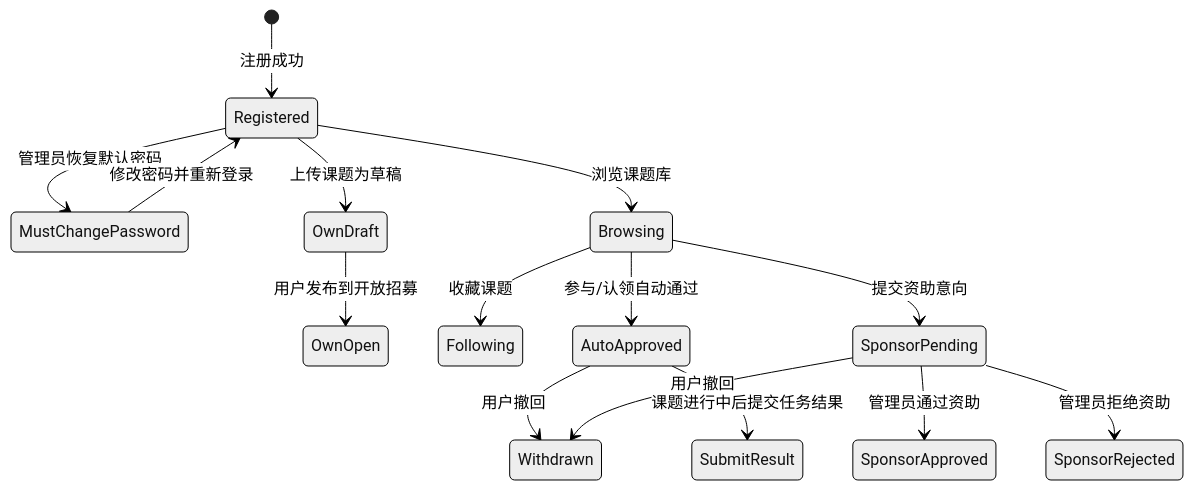
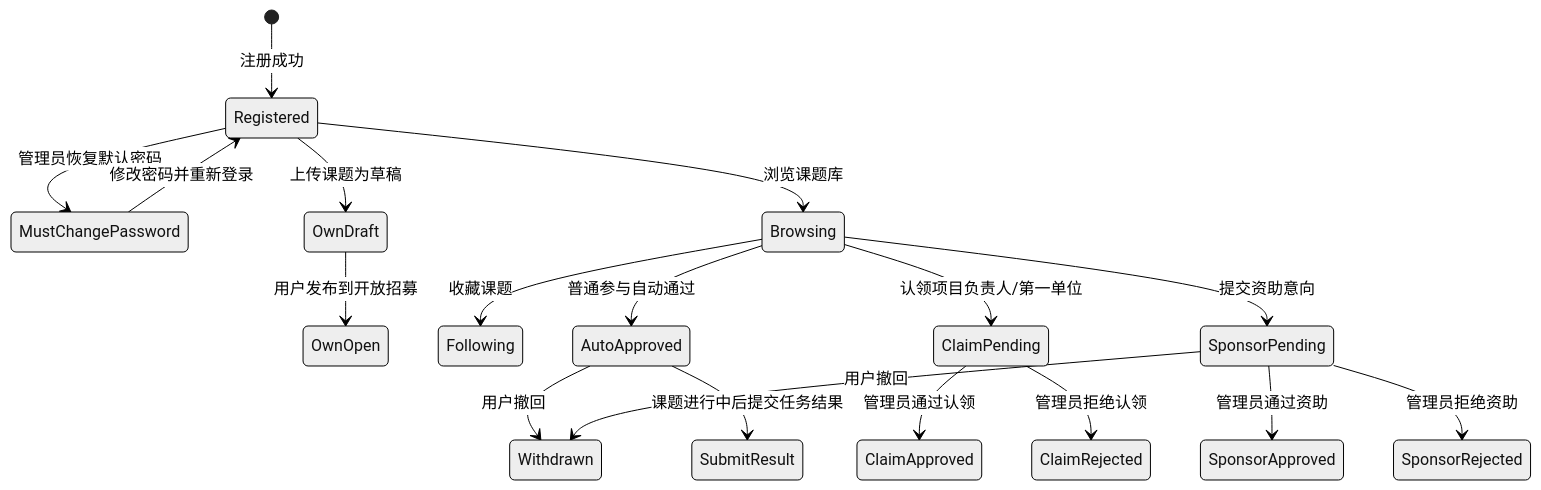
Before and after one commit to OpenMedAILab/openmedailab-platform: the first of 3 diagrams in AGENTS.md, drawn with Mermaid (neutral theme). The commit also changed other lines of this file and 14 other files, not shown here.

````diff
--- a/AGENTS.md
+++ b/AGENTS.md
@@ -298,17 +300,20 @@
 ```mermaid
 stateDiagram-v2
   [*] --> Registered: 注册成功
   Registered --> MustChangePassword: 管理员恢复默认密码
   MustChangePassword --> Registered: 修改密码并重新登录
   Registered --> Browsing: 浏览课题库
   Registered --> OwnDraft: 上传课题为草稿
   OwnDraft --> OwnOpen: 用户发布到开放招募
   Browsing --> Following: 收藏课题
-  Browsing --> AutoApproved: 参与/认领自动通过
+  Browsing --> AutoApproved: 普通参与自动通过
+  Browsing --> ClaimPending: 认领项目负责人/第一单位
   Browsing --> SponsorPending: 提交资助意向
+  ClaimPending --> ClaimApproved: 管理员通过认领
+  ClaimPending --> ClaimRejected: 管理员拒绝认领
   SponsorPending --> SponsorApproved: 管理员通过资助
   SponsorPending --> SponsorRejected: 管理员拒绝资助
   AutoApproved --> Withdrawn: 用户撤回
   SponsorPending --> Withdrawn: 用户撤回
   AutoApproved --> SubmitResult: 课题进行中后提交任务结果
 ```
````
